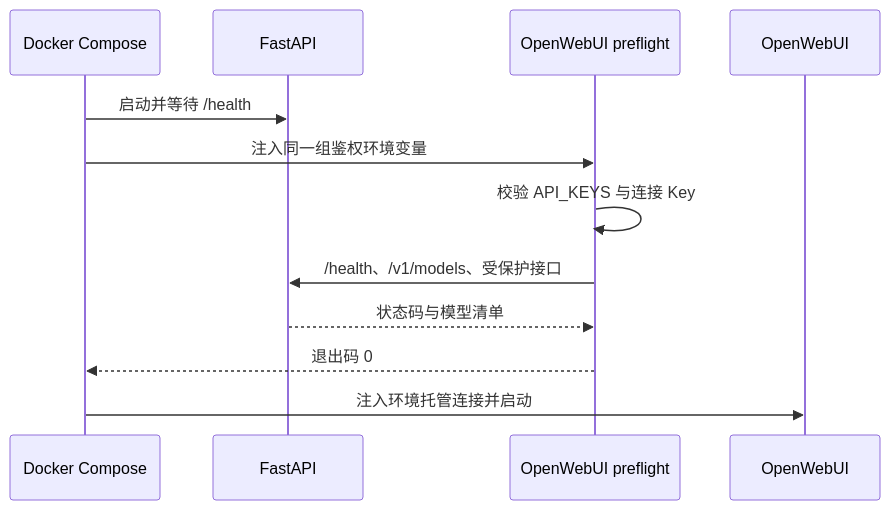
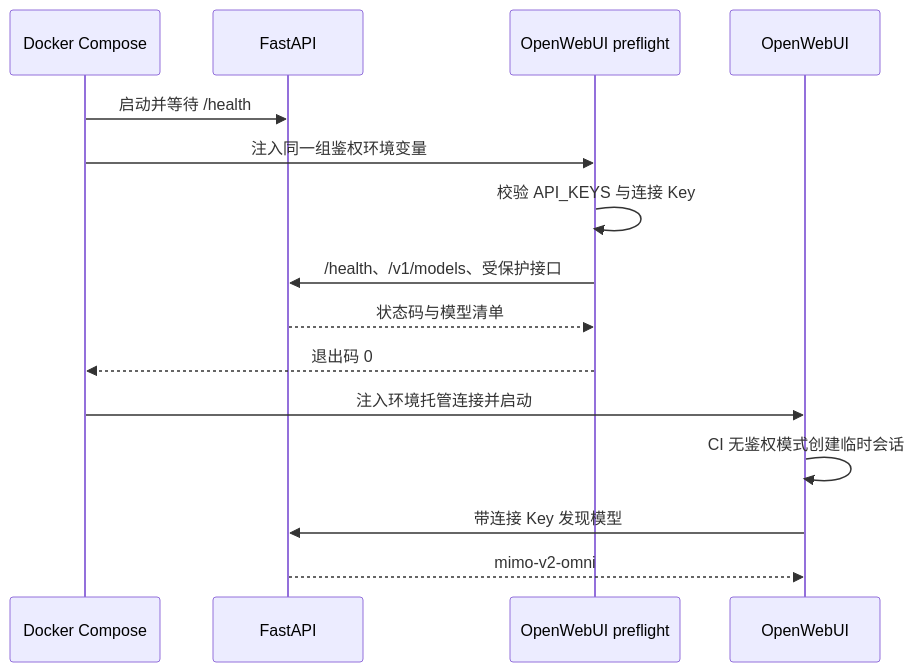
One commit to xiaochongshanww/Portfolio changed the sixth of 6 diagrams in 结构设计规范知识库/docs/architecture/系统详细设计.md. Above: the diagram before and after it, drawn with Mermaid. The commit also changed other lines of this file and 3 other files, not shown here.

````diff
--- a/结构设计规范知识库/docs/architecture/系统详细设计.md
+++ b/结构设计规范知识库/docs/architecture/系统详细设计.md
@@ -253,14 +253,17 @@
 ```mermaid
 sequenceDiagram
     participant C as Docker Compose
     participant A as FastAPI
     participant P as OpenWebUI preflight
     participant W as OpenWebUI
     C->>A: 启动并等待 /health
     C->>P: 注入同一组鉴权环境变量
     P->>P: 校验 API_KEYS 与连接 Key
     P->>A: /health、/v1/models、受保护接口
     A-->>P: 状态码与模型清单
     P-->>C: 退出码 0
     C->>W: 注入环境托管连接并启动
+    W->>W: CI 无鉴权模式创建临时会话
+    W->>A: 带连接 Key 发现模型
+    A-->>W: mimo-v2-omni
 ```
````
